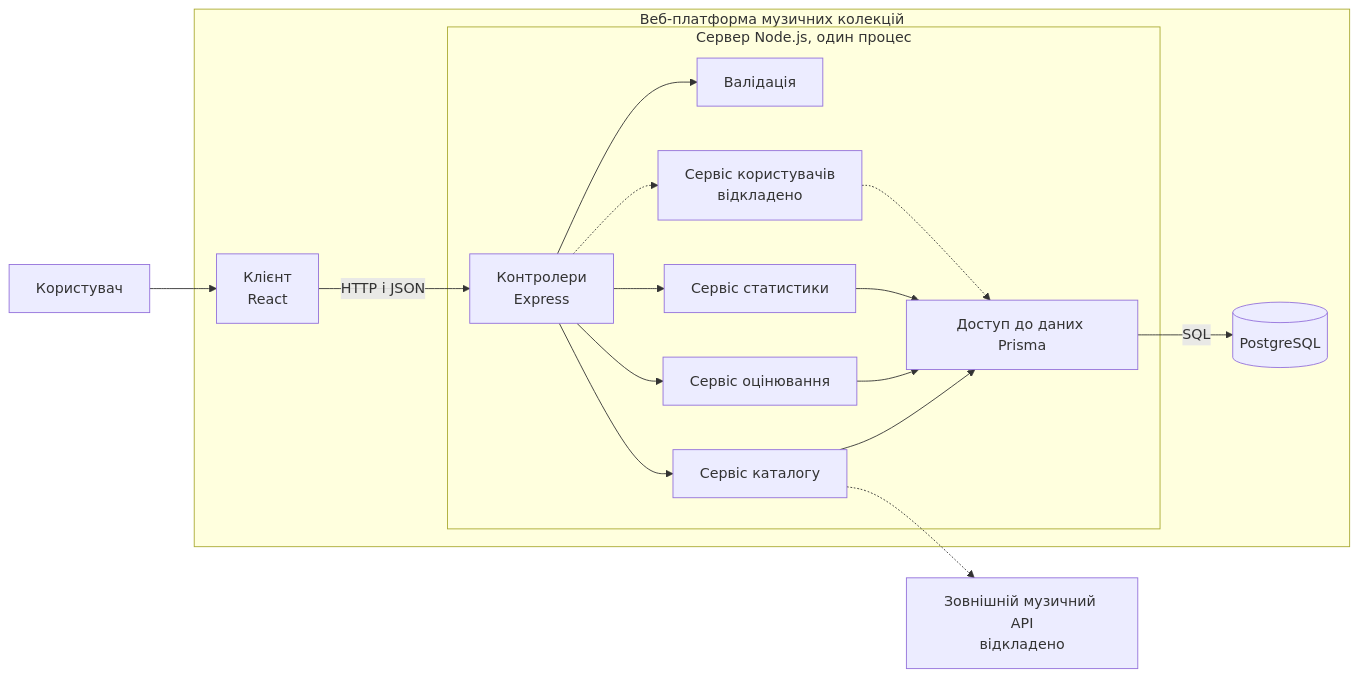
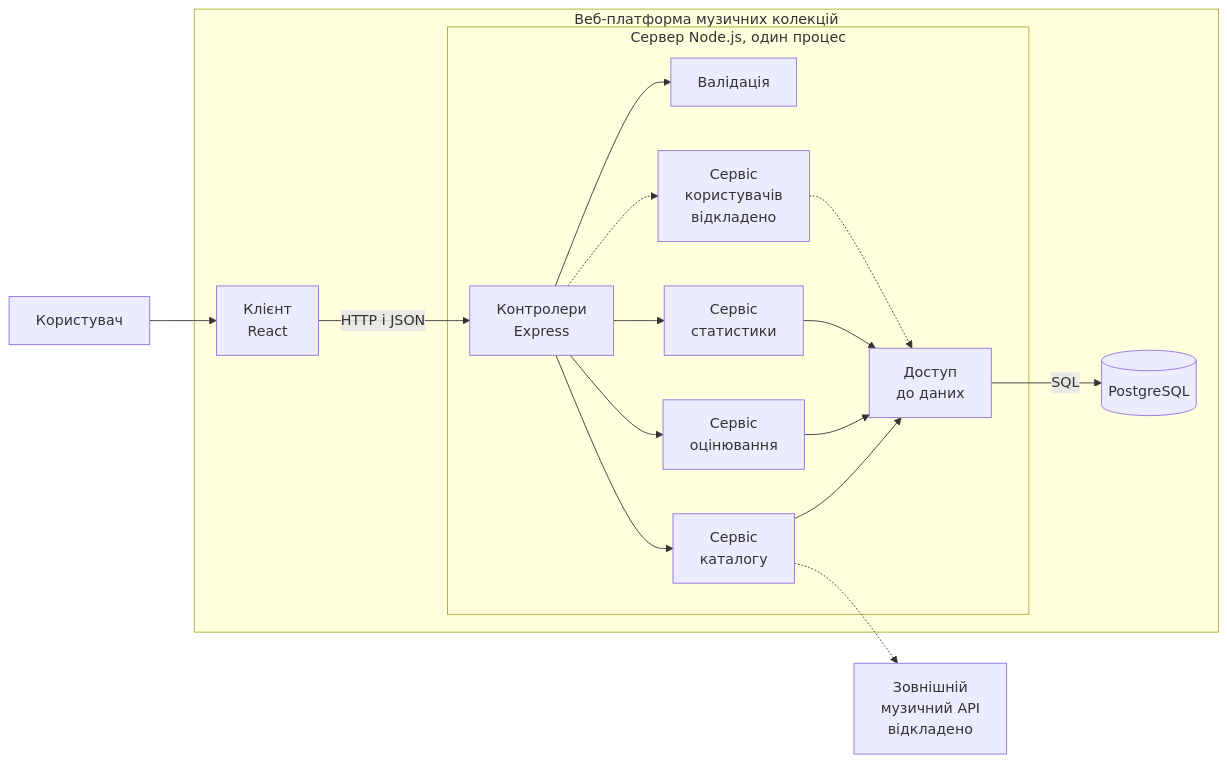
The diagram in docs/architecture.md (kirilvolkov47/music-collection-platform), drawn with Mermaid before and after one commit.

Commit message:
docs: fix diagram labels

````diff
--- a/docs/architecture.md
+++ b/docs/architecture.md
@@ -83,36 +83,36 @@
 ```mermaid
 flowchart LR
     User[Користувач]
 
     subgraph System[Веб-платформа музичних колекцій]
         Client[Клієнт<br/>React]
 
         subgraph Server[Сервер Node.js, один процес]
             Controllers[Контролери<br/>Express]
             Validation[Валідація]
-            Catalog[Сервіс каталогу]
-            Rating[Сервіс оцінювання]
-            Stats[Сервіс статистики]
-            Users["Сервіс користувачів<br/>відкладено"]
-            Data[Доступ до даних Prisma]
+            Catalog[Сервіс<br/>каталогу]
+            Rating[Сервіс<br/>оцінювання]
+            Stats[Сервіс<br/>статистики]
+            Users["Сервіс<br/>користувачів<br/>відкладено"]
+            Data[Доступ<br/>до даних]
         end
 
         DB[(PostgreSQL)]
     end
 
-    Api["Зовнішній музичний API<br/>відкладено"]
+    Api["Зовнішній<br/>музичний API<br/>відкладено"]
 
     User --> Client
     Client -->|HTTP і JSON| Controllers
     Controllers --> Validation
     Controllers --> Catalog
     Controllers --> Rating
     Controllers --> Stats
     Controllers -.-> Users
     Catalog --> Data
     Rating --> Data
     Stats --> Data
     Users -.-> Data
     Data -->|SQL| DB
     Catalog -.-> Api
 ```
````
